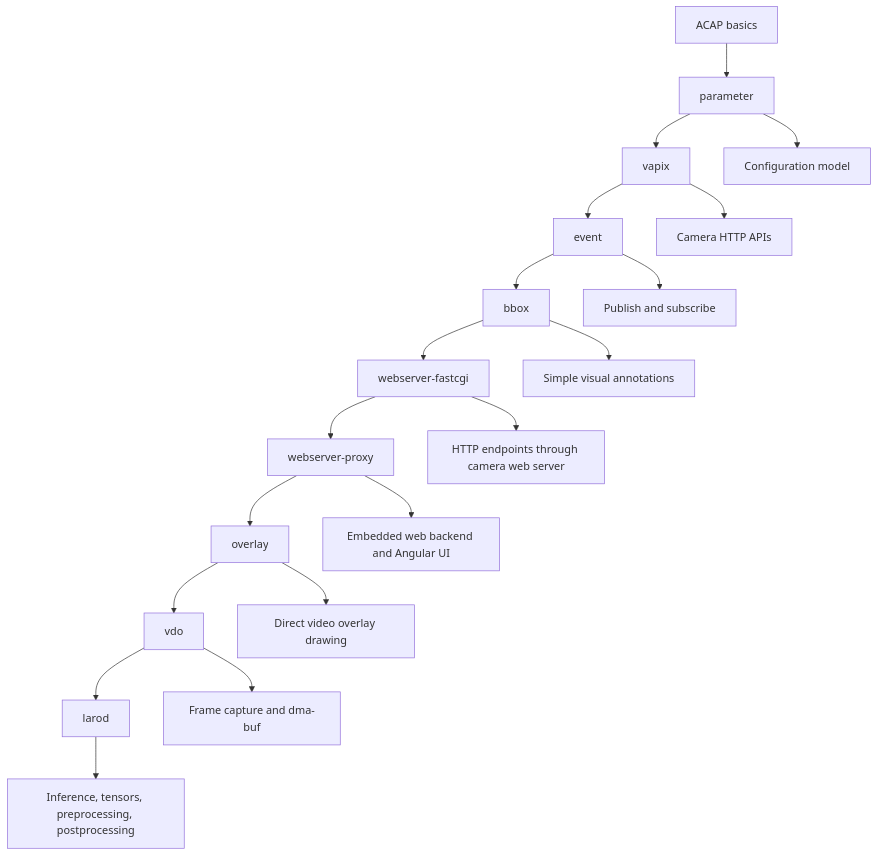
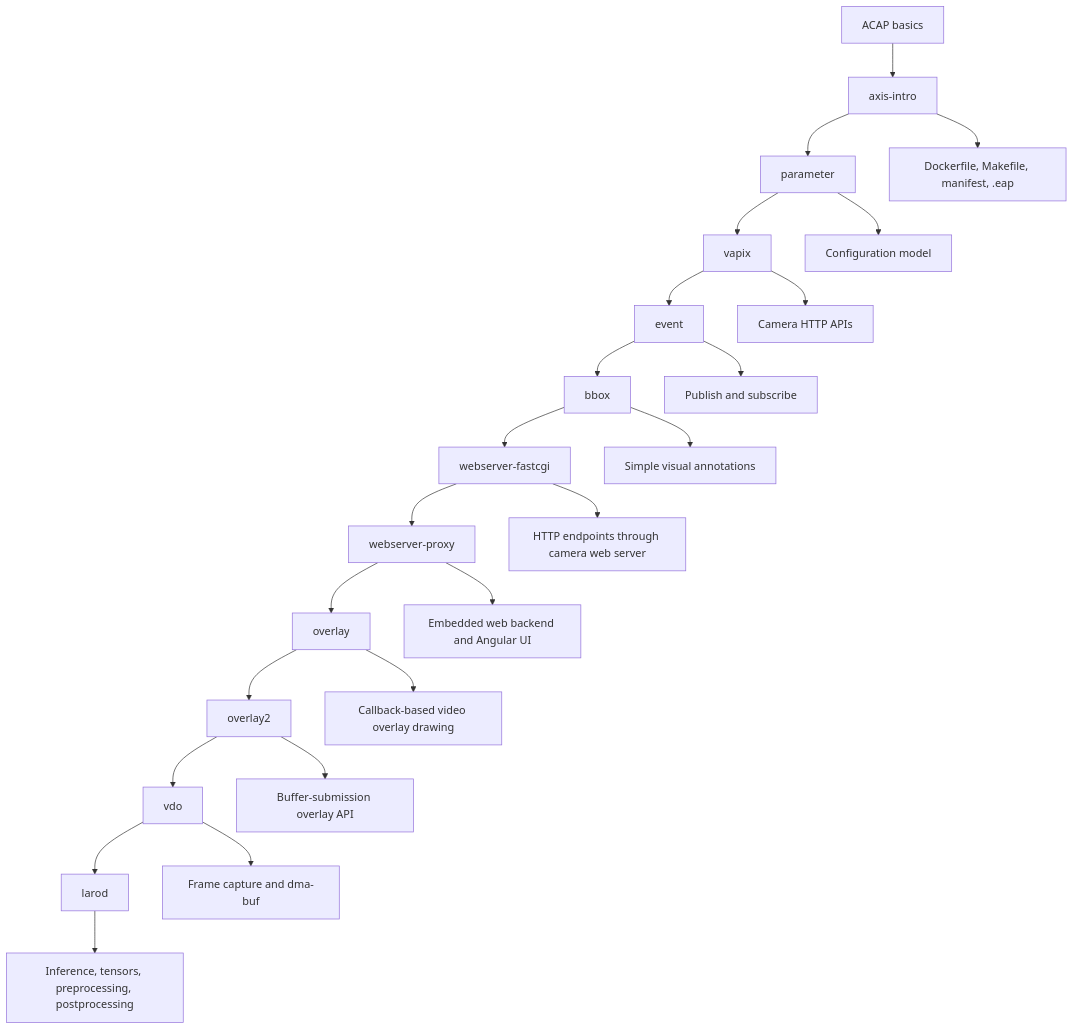
Before and after one commit to losamtz/axis-acap-tip-workshop: the first of 3 diagrams in README.md, drawn with Mermaid. The commit also changed other lines of this file and 40 other files, not shown here.

Commit message:
creating axis-intro & overlay2

````diff
--- a/README.md
+++ b/README.md
@@ -16,22 +17,26 @@
 ```mermaid
 flowchart TD
-    Start[ACAP basics] --> Param[parameter]
+    Start[ACAP basics] --> Intro[axis-intro]
+    Intro --> Param[parameter]
     Param --> Vapix[vapix]
     Vapix --> Event[event]
     Event --> BBox[bbox]
     BBox --> FastCGI[webserver-fastcgi]
     FastCGI --> Proxy[webserver-proxy]
     Proxy --> Overlay[overlay]
-    Overlay --> VDO[vdo]
+    Overlay --> Overlay2[overlay2]
+    Overlay2 --> VDO[vdo]
     VDO --> LAROD[larod]
 
+    Intro --> I1[Dockerfile, Makefile, manifest, .eap]
     Param --> P1[Configuration model]
     Vapix --> V1[Camera HTTP APIs]
     Event --> E1[Publish and subscribe]
     BBox --> B1[Simple visual annotations]
     FastCGI --> W1[HTTP endpoints through camera web server]
     Proxy --> W2[Embedded web backend and Angular UI]
-    Overlay --> O1[Direct video overlay drawing]
+    Overlay --> O1[Callback-based video overlay drawing]
+    Overlay2 --> O2[Buffer-submission overlay API]
     VDO --> D1[Frame capture and dma-buf]
     LAROD --> L1[Inference, tensors, preprocessing, postprocessing]
 ```
````
